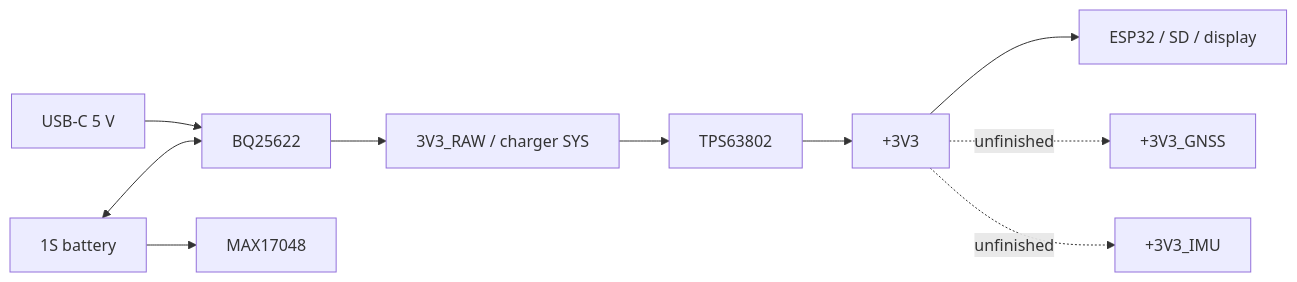
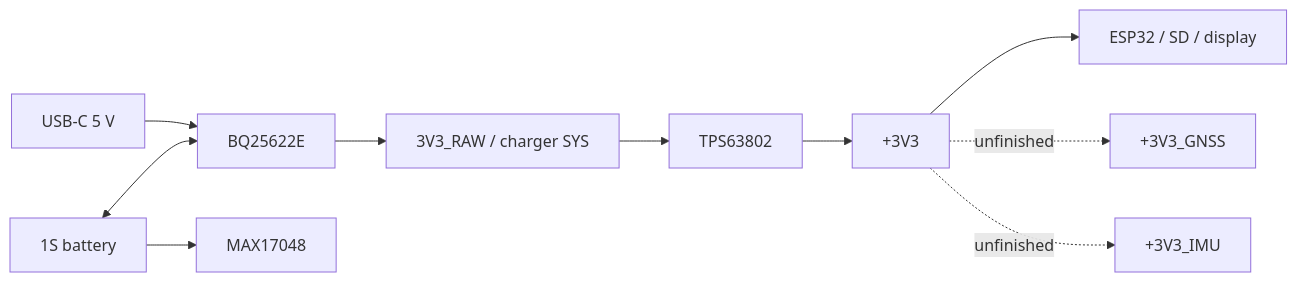
Before and after one commit to teehee567/Aevia: the diagram in v2_mini_design.md, drawn with Mermaid. The commit also changed other lines of this file, not shown here.

````diff
--- a/v2_mini_design.md
+++ b/v2_mini_design.md
@@ -33,12 +33,12 @@
 ```mermaid
 flowchart LR
-    USB[USB-C 5 V] --> CHG[BQ25622]
+    USB[USB-C 5 V] --> CHG[BQ25622E]
     BAT[1S battery] <--> CHG
     BAT --> FG[MAX17048]
     CHG --> RAW[3V3_RAW / charger SYS]
     RAW --> REG[TPS63802]
     REG --> V33[+3V3]
     V33 --> MCU[ESP32 / SD / display]
     V33 -. unfinished .-> GNSS[+3V3_GNSS]
     V33 -. unfinished .-> IMU[+3V3_IMU]
 ```
````
